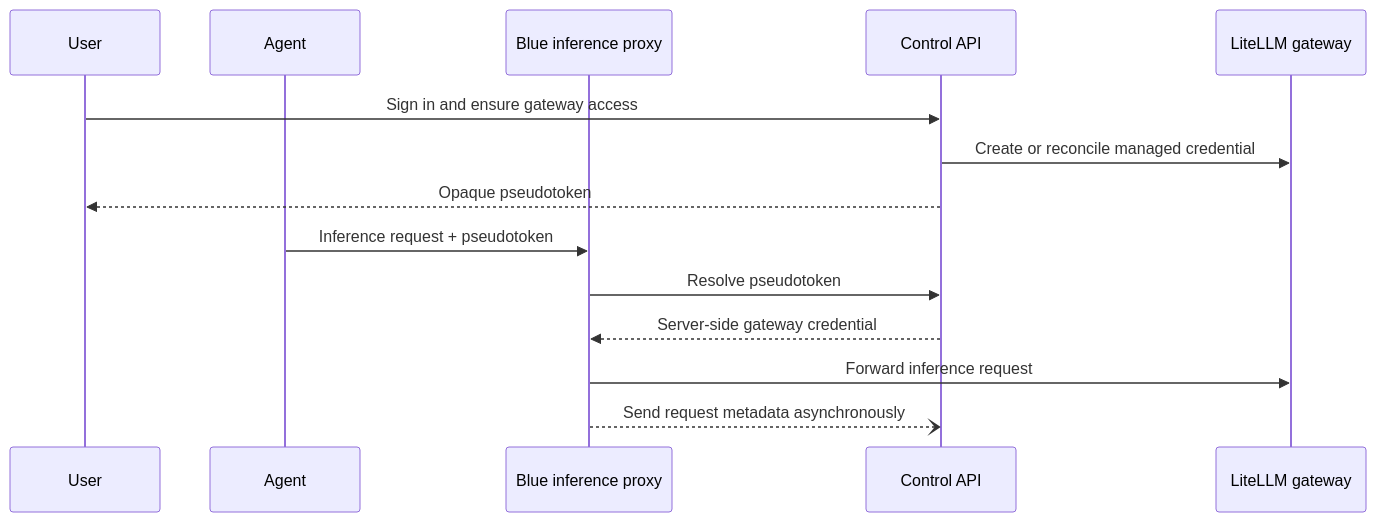
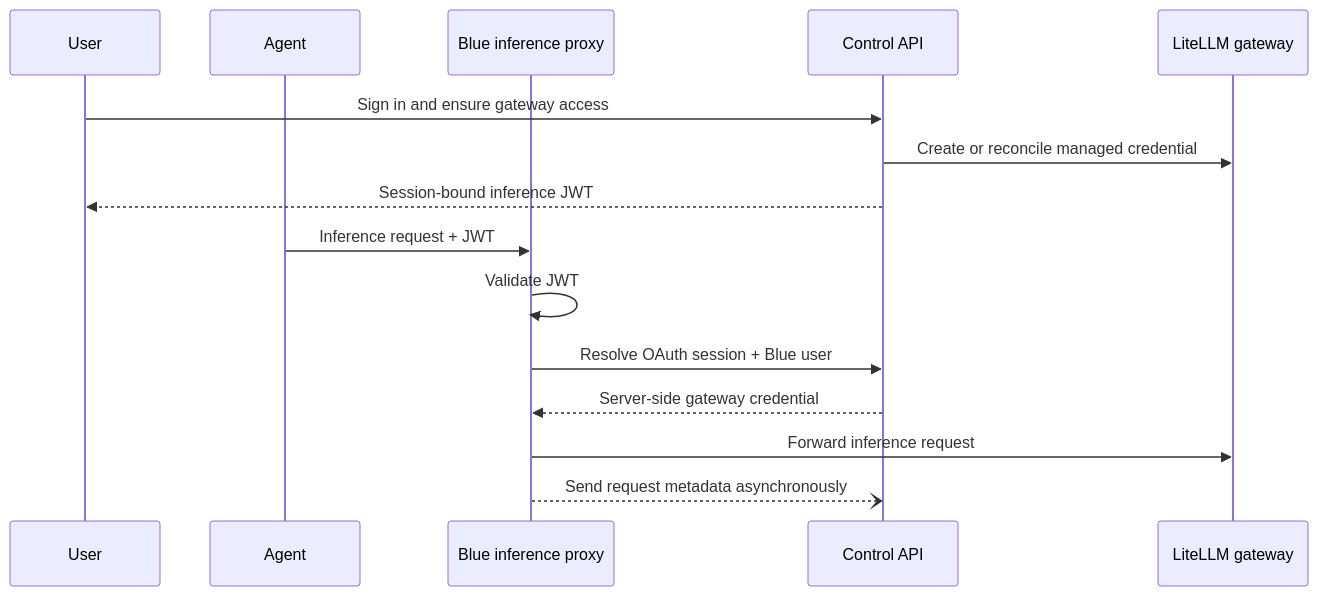
Before and after one commit to BlocksOrg/blue: the diagram in apps/docs/next/admin/gateway-access.mdx, drawn with Mermaid. The commit also changed other lines of this file and 17 other files, not shown here.

Commit message:
docs(gateway): document session-bound inference auth

````diff
--- a/apps/docs/next/admin/gateway-access.mdx
+++ b/apps/docs/next/admin/gateway-access.mdx
@@ -15,16 +15,17 @@
 ```mermaid
 sequenceDiagram
   participant User
   participant Agent
   participant Proxy as Blue inference proxy
   participant API as Control API
   participant Gateway as LiteLLM gateway
   User->>API: Sign in and ensure gateway access
   API->>Gateway: Create or reconcile managed credential
-  API-->>User: Opaque pseudotoken
-  Agent->>Proxy: Inference request + pseudotoken
-  Proxy->>API: Resolve pseudotoken
+  API-->>User: Session-bound inference JWT
+  Agent->>Proxy: Inference request + JWT
+  Proxy->>Proxy: Validate JWT
+  Proxy->>API: Resolve OAuth session + Blue user
   API-->>Proxy: Server-side gateway credential
   Proxy->>Gateway: Forward inference request
   Proxy--)API: Send request metadata asynchronously
 ```
````
